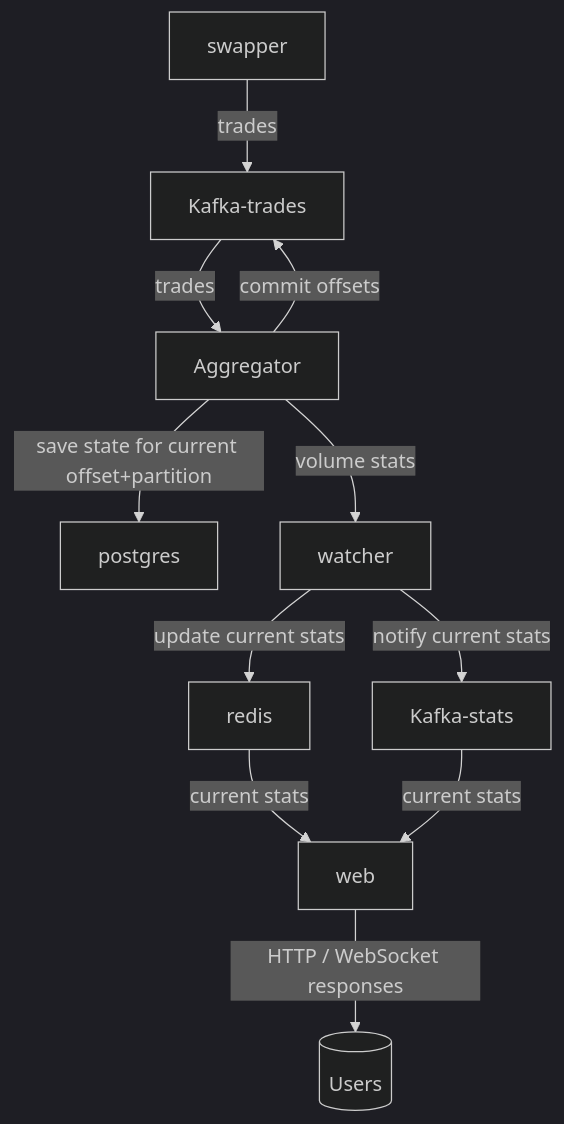
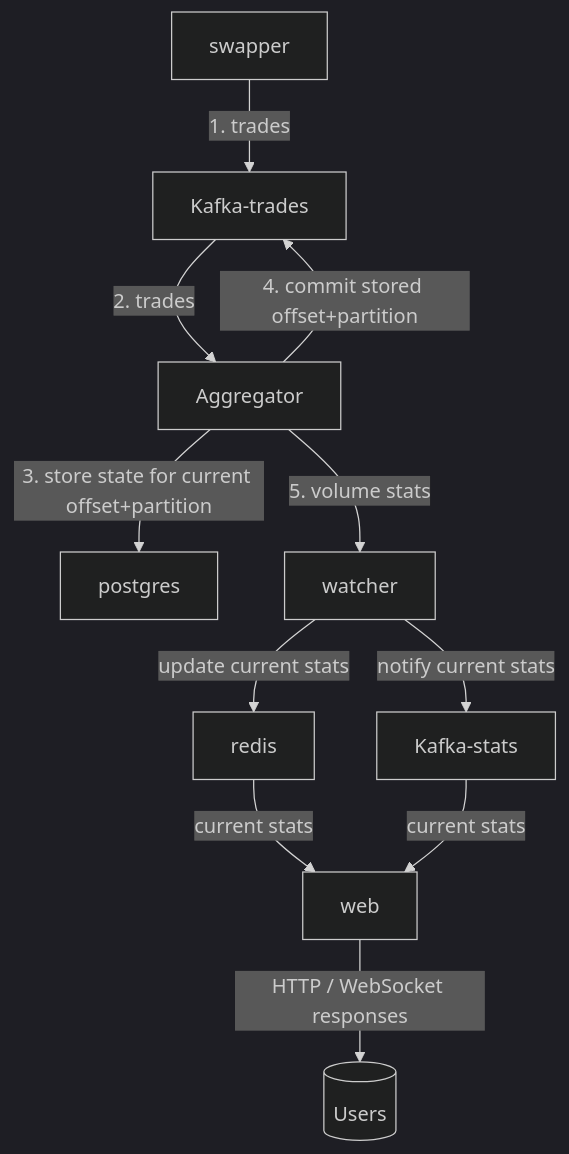
Before and after one commit to zamyatin-zkex/volumer: the diagram in README.md, drawn with Mermaid (dark theme).

````diff
--- a/README.md
+++ b/README.md
@@ -32,13 +32,13 @@
 ```mermaid
 flowchart TD
-    S[swapper] -- "trades" --> K[Kafka-trades]
-    K -- "trades" --> Ag[Aggregator]
-    Ag -- "save state for current offset+partition" --> Pg[postgres]
-    Ag -- "commit offsets" --> K
-    Ag -- "volume stats" --> Wt[watcher]
+    S[swapper] -- "1. trades" --> K[Kafka-trades]
+    K -- "2. trades" --> Ag[Aggregator]
+    Ag -- "3. store state for current offset+partition" --> Pg[postgres]
+    Ag -- "4. commit stored offset+partition" --> K
+    Ag -- "5. volume stats" --> Wt[watcher]
     Wt -- "update current stats" --> Re[redis]
     Wt -- "notify current stats" --> Ks[Kafka-stats]
     Re -- "current stats" --> W[web]
     Ks -- "current stats" --> W[web]
     W -- "HTTP / WebSocket responses" --> U[(Users)]
 ```
````
